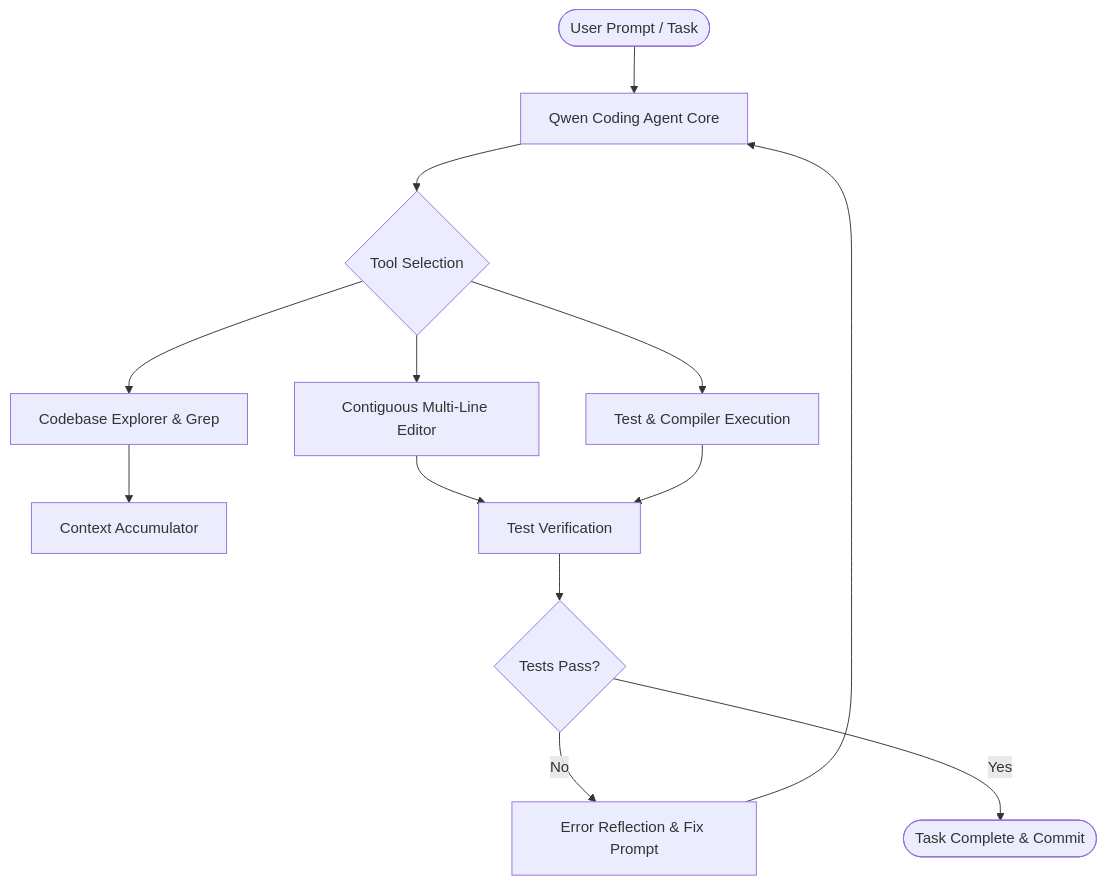
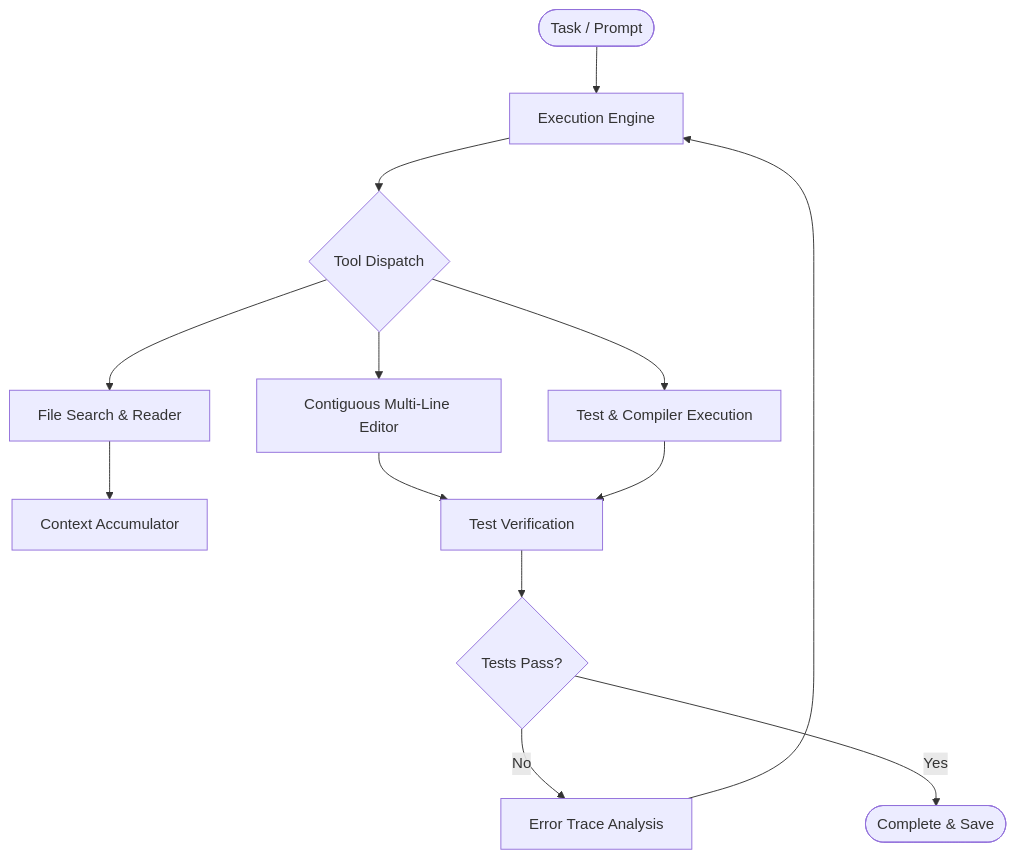
Before and after one commit to CodeByPartho/Qwen-Coding-Agent: the diagram in README.md, drawn with Mermaid. The commit also changed other lines of this file, not shown here.

````diff
--- a/README.md
+++ b/README.md
@@ -44,18 +40,18 @@
 ```mermaid
 graph TD
-    User([User Prompt / Task]) --> AgentCore[Qwen Coding Agent Core]
+    User([Task / Prompt]) --> Core[Execution Engine]
     
-    AgentCore --> ToolRouter{Tool Selection}
-    ToolRouter --> ReadFile[Codebase Explorer & Grep]
-    ToolRouter --> EditFile[Contiguous Multi-Line Editor]
-    ToolRouter --> RunTerminal[Test & Compiler Execution]
+    Core --> Router{Tool Dispatch}
+    Router --> ReadFile[File Search & Reader]
+    Router --> EditFile[Contiguous Multi-Line Editor]
+    Router --> RunTerminal[Test & Compiler Execution]
     
     ReadFile --> Context[Context Accumulator]
     EditFile --> TestRunner[Test Verification]
     RunTerminal --> TestRunner
     
     TestRunner --> ErrorCheck{Tests Pass?}
-    ErrorCheck -->|No| SelfHealing[Error Reflection & Fix Prompt]
-    SelfHealing --> AgentCore
-    ErrorCheck -->|Yes| Complete([Task Complete & Commit])
+    ErrorCheck -->|No| FixLoop[Error Trace Analysis]
+    FixLoop --> Core
+    ErrorCheck -->|Yes| Complete([Complete & Save])
 ```
````
